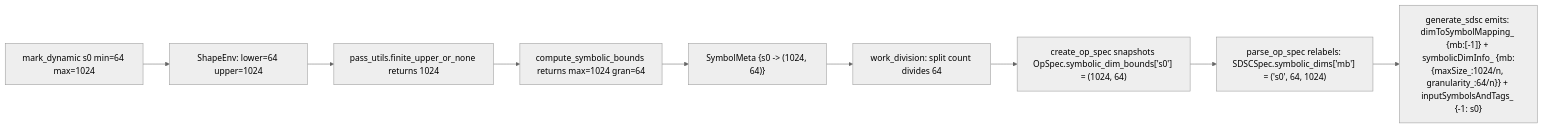
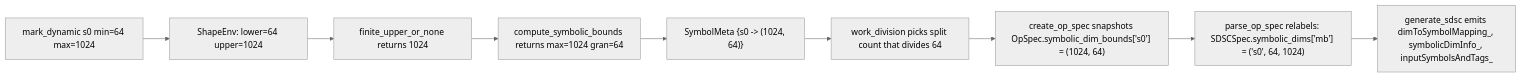
Before and after one commit to Vivek1258/torch-spyre: the fourth of 5 diagrams in docs/source/compiler/Torch_Spyre_Dynamic_Shapes_Design.md, drawn with Mermaid (neutral theme). The commit also changed other lines of this file, not shown here.

````diff
--- a/docs/source/compiler/Torch_Spyre_Dynamic_Shapes_Design.md
+++ b/docs/source/compiler/Torch_Spyre_Dynamic_Shapes_Design.md
@@ -277,11 +244,11 @@
 ```mermaid
 flowchart LR
     A[mark_dynamic s0 min=64 max=1024] --> B[ShapeEnv: lower=64 upper=1024]
-    B --> C["pass_utils.finite_upper_or_none returns 1024"]
+    B --> C["finite_upper_or_none returns 1024"]
     C --> D["compute_symbolic_bounds returns max=1024 gran=64"]
     D --> E["SymbolMeta {s0 -> (1024, 64)}"]
-    E --> F["work_division: split count divides 64"]
+    E --> F["work_division picks split count that divides 64"]
     F --> G["create_op_spec snapshots OpSpec.symbolic_dim_bounds['s0'] = (1024, 64)"]
     G --> H["parse_op_spec relabels: SDSCSpec.symbolic_dims['mb'] = ('s0', 64, 1024)"]
-    H --> I["generate_sdsc emits: dimToSymbolMapping_ {mb:[-1]} + symbolicDimInfo_ {mb:{maxSize_:1024/n, granularity_:64/n}} + inputSymbolsAndTags_ {-1: s0}"]
+    H --> I["generate_sdsc emits dimToSymbolMapping_, symbolicDimInfo_, inputSymbolsAndTags_"]
 ```
````
